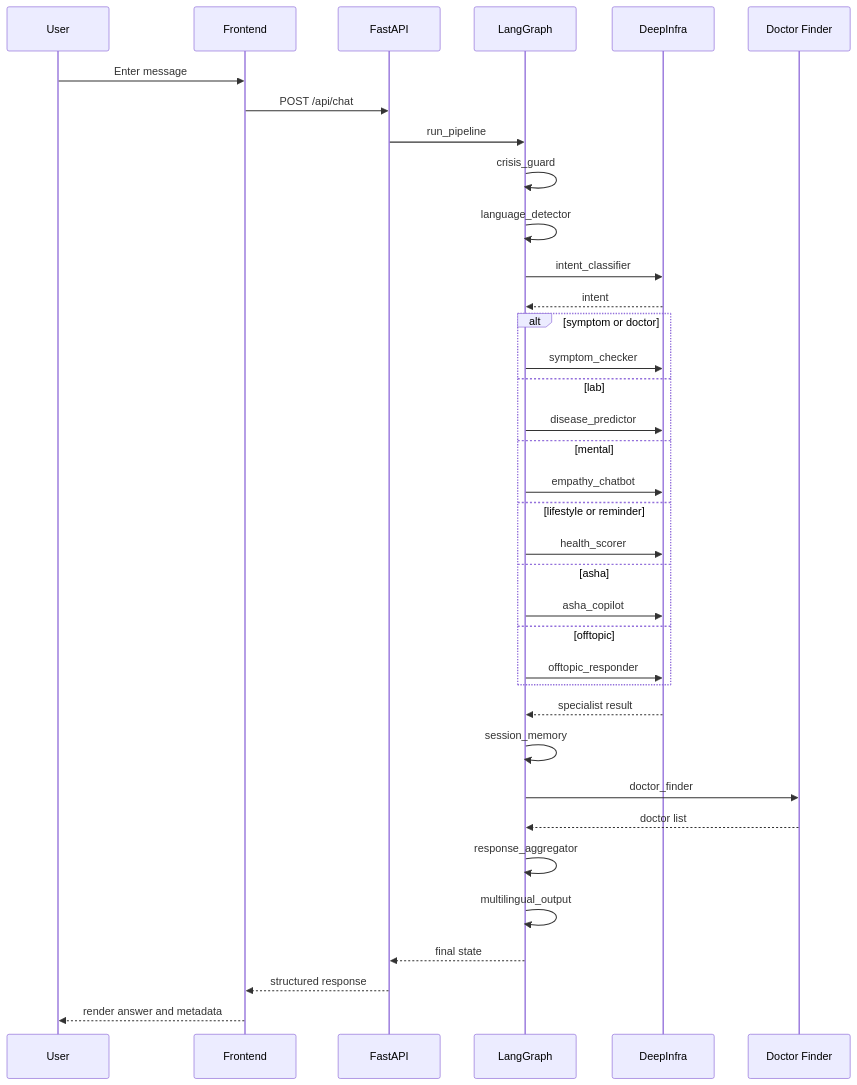
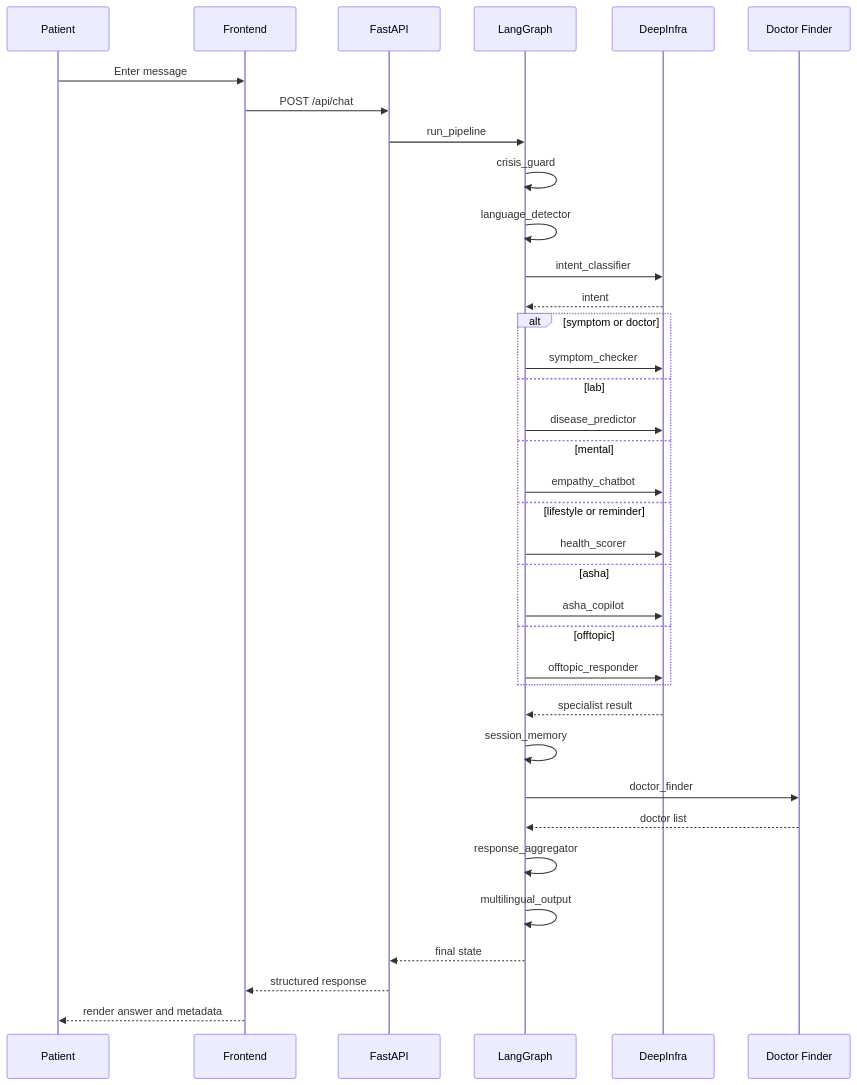
Before and after one commit to Parthiv1124/MedMAS: the sixth of 13 diagrams in medmas/docs/end-to-end-architecture.md, drawn with Mermaid. The commit also changed other lines of this file and 7 other files, not shown here.

````diff
--- a/medmas/docs/end-to-end-architecture.md
+++ b/medmas/docs/end-to-end-architecture.md
@@ -311,41 +392,41 @@
 ```mermaid
 sequenceDiagram
-    participant U as User
+    participant U as Patient
     participant FE as Frontend
     participant API as FastAPI
     participant ORCH as LangGraph
     participant LLM as DeepInfra
     participant DOC as Doctor Finder
 
     U->>FE: Enter message
     FE->>API: POST /api/chat
     API->>ORCH: run_pipeline
     ORCH->>ORCH: crisis_guard
     ORCH->>ORCH: language_detector
     ORCH->>LLM: intent_classifier
     LLM-->>ORCH: intent
 
     alt symptom or doctor
         ORCH->>LLM: symptom_checker
     else lab
         ORCH->>LLM: disease_predictor
     else mental
         ORCH->>LLM: empathy_chatbot
     else lifestyle or reminder
         ORCH->>LLM: health_scorer
     else asha
         ORCH->>LLM: asha_copilot
     else offtopic
         ORCH->>LLM: offtopic_responder
     end
 
     LLM-->>ORCH: specialist result
     ORCH->>ORCH: session_memory
     ORCH->>DOC: doctor_finder
     DOC-->>ORCH: doctor list
     ORCH->>ORCH: response_aggregator
     ORCH->>ORCH: multilingual_output
     ORCH-->>API: final state
     API-->>FE: structured response
     FE-->>U: render answer and metadata
 ```
````
